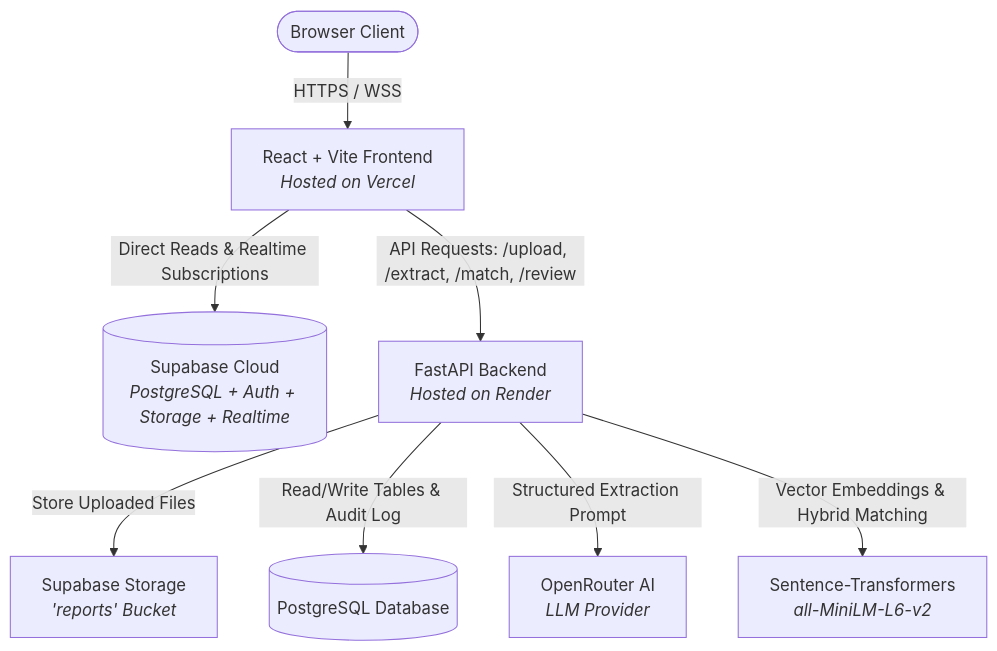
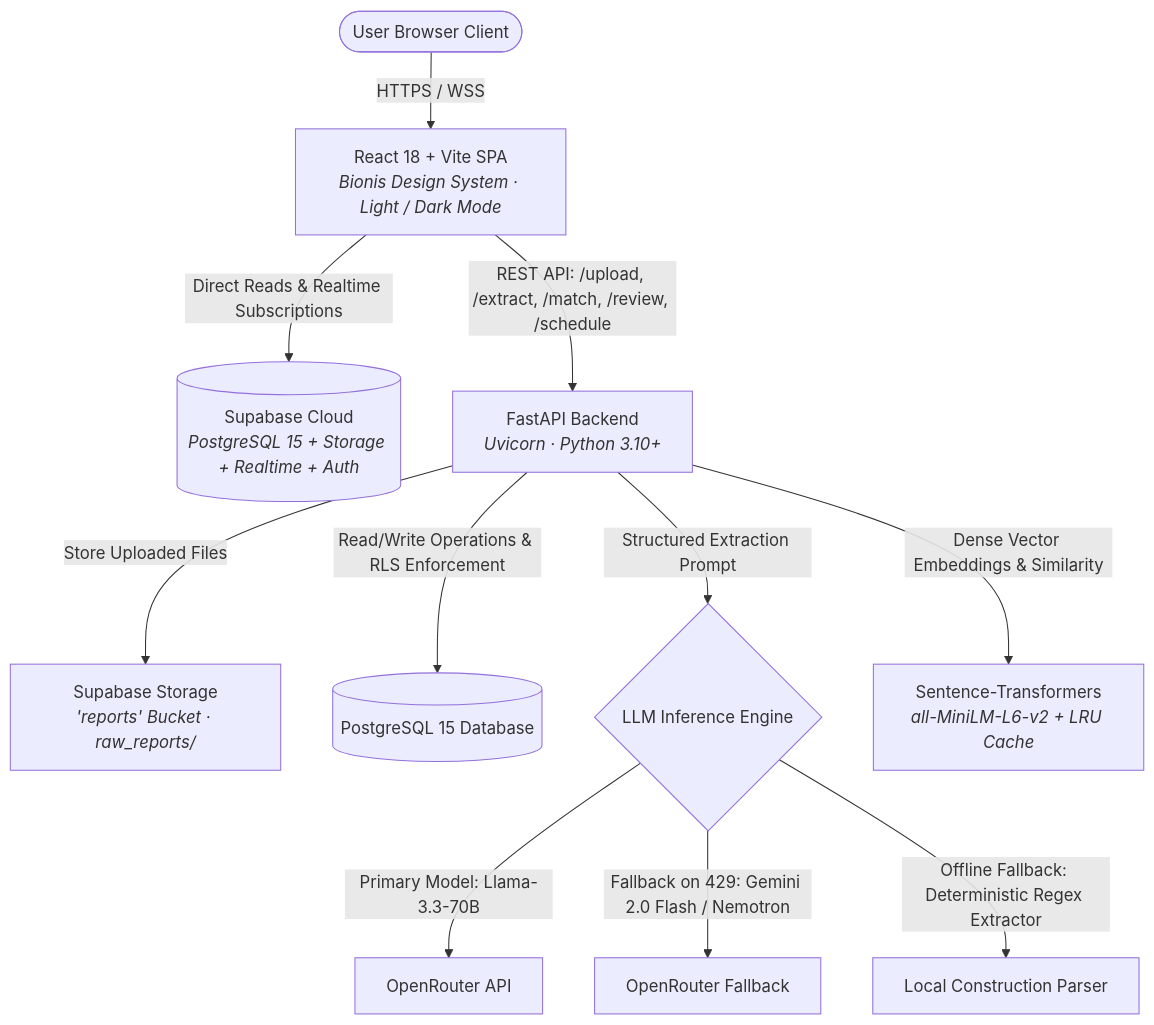
Before and after one commit to Shourya-stack/OnGround: the diagram in README.md, drawn with Mermaid. The commit also changed other lines of this file, not shown here.

````diff
--- a/README.md
+++ b/README.md
@@ -40,12 +75,17 @@
 ```mermaid
 flowchart TD
-    User([Browser Client]) -->|HTTPS / WSS| Frontend[React + Vite Frontend<br/><i>Hosted on Vercel</i>]
+    User([User Browser Client]) -->|HTTPS / WSS| Frontend[React 18 + Vite SPA<br/><i>Bionis Design System · Light / Dark Mode</i>]
     
-    Frontend -->|Direct Reads & Realtime Subscriptions| Supabase[(Supabase Cloud<br/><i>PostgreSQL + Auth + Storage + Realtime</i>)]
-    Frontend -->|API Requests: /upload, /extract, /match, /review| Backend[FastAPI Backend<br/><i>Hosted on Render</i>]
+    Frontend -->|Direct Reads & Realtime Subscriptions| Supabase[(Supabase Cloud<br/><i>PostgreSQL 15 + Storage + Realtime + Auth</i>)]
+    Frontend -->|REST API: /upload, /extract, /match, /review, /schedule| Backend[FastAPI Backend<br/><i>Uvicorn · Python 3.10+</i>]
     
-    Backend -->|Store Uploaded Files| Storage[Supabase Storage<br/><i>'reports' Bucket</i>]
-    Backend -->|Read/Write Tables & Audit Log| DB[(PostgreSQL Database)]
-    Backend -->|Structured Extraction Prompt| OpenRouter[OpenRouter AI<br/><i>LLM Provider</i>]
-    Backend -->|Vector Embeddings & Hybrid Matching| Matcher[Sentence-Transformers<br/><i>all-MiniLM-L6-v2</i>]
+    Backend -->|Store Uploaded Files| Storage[Supabase Storage<br/><i>'reports' Bucket · raw_reports/</i>]
+    Backend -->|Read/Write Operations & RLS Enforcement| DB[(PostgreSQL 15 Database)]
+    
+    Backend -->|Structured Extraction Prompt| LLMProxy{LLM Inference Engine}
+    LLMProxy -->|Primary Model: Llama-3.3-70B| OpenRouter1[OpenRouter API]
+    LLMProxy -->|Fallback on 429: Gemini 2.0 Flash / Nemotron| OpenRouter2[OpenRouter Fallback]
+    LLMProxy -->|Offline Fallback: Deterministic Regex Extractor| OfflineEngine[Local Construction Parser]
+    
+    Backend -->|Dense Vector Embeddings & Similarity| MatchEngine[Sentence-Transformers<br/><i>all-MiniLM-L6-v2 + LRU Cache</i>]
 ```
````
